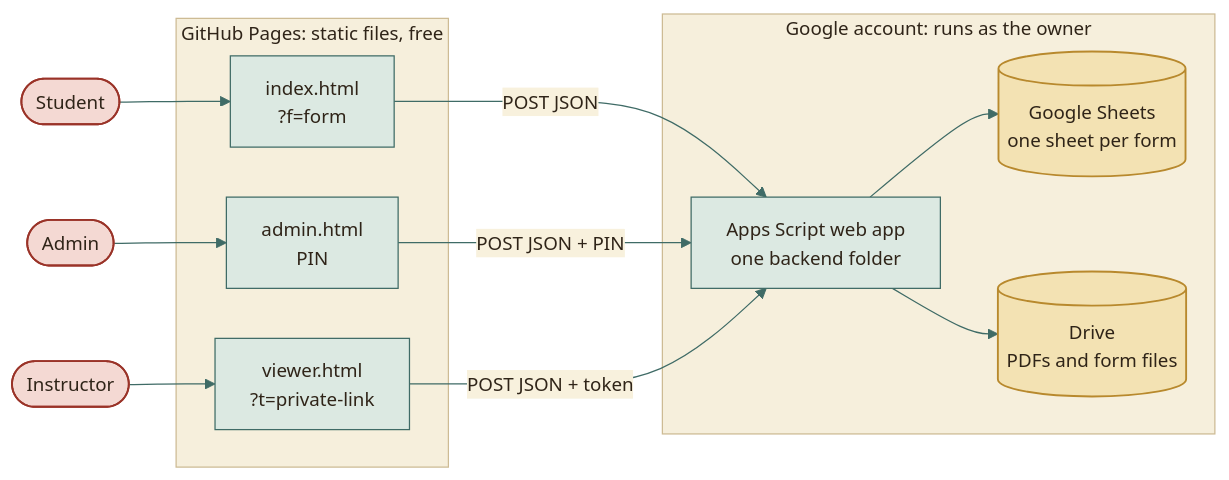
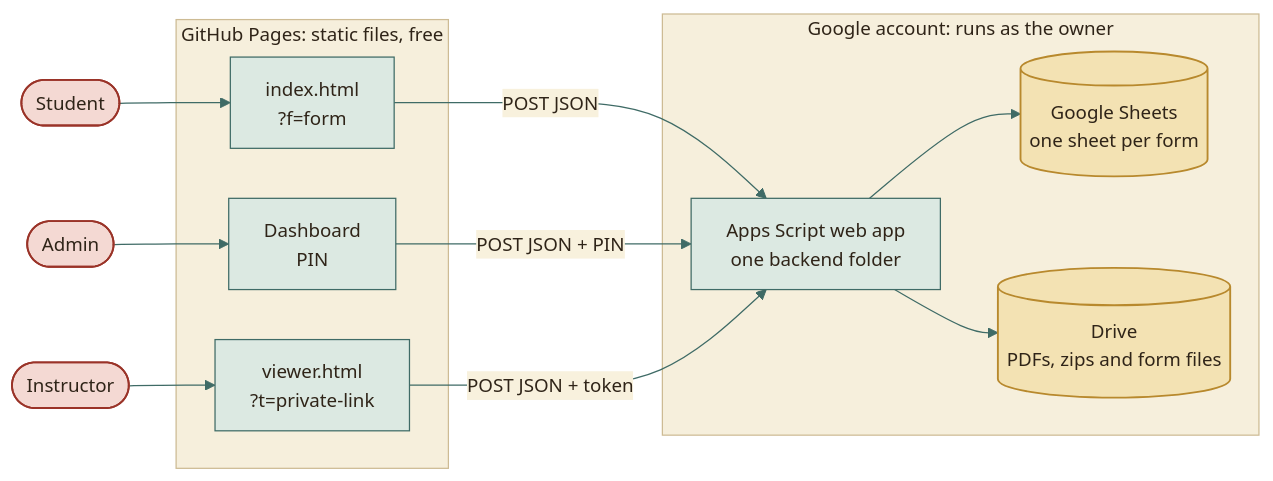
The diagram in README.md (moyeh04/forms-platform), drawn with Mermaid before and after one commit. The commit also changed other lines of this file and 2 other files, not shown here.

````diff
--- a/README.md
+++ b/README.md
@@ -9,54 +64,42 @@
 ```mermaid
 %%{init: {
   'theme': 'base',
   'themeVariables': {
     'fontFamily': 'ui-sans-serif, system-ui, -apple-system, Segoe UI, Roboto, sans-serif',
     'fontSize': '15px',
     'primaryColor': '#DCE9E2', 'primaryBorderColor': '#3F6B66', 'primaryTextColor': '#2F2418',
     'secondaryColor': '#F0E4C8', 'secondaryBorderColor': '#C9A24A', 'secondaryTextColor': '#2F2418',
     'tertiaryColor': '#F6EFDC', 'tertiaryBorderColor': '#CDBB94', 'tertiaryTextColor': '#2F2418',
     'lineColor': '#3F6B66', 'textColor': '#2F2418', 'mainBkg': '#DCE9E2', 'nodeBorder': '#3F6B66',
     'clusterBkg': '#F6EFDC', 'clusterBorder': '#CDBB94', 'titleColor': '#2F2418',
-    'edgeLabelBackground': '#F8F1DD',
-    'actorBkg': '#DCE9E2', 'actorBorder': '#3F6B66', 'actorTextColor': '#2F2418', 'actorLineColor': '#8FB3AB',
-    'signalColor': '#477A73', 'signalTextColor': '#477A73',
-    'labelBoxBkgColor': '#F0E4C8', 'labelBoxBorderColor': '#C9A24A', 'labelTextColor': '#2F2418', 'loopTextColor': '#6A5A44',
-    'noteBkgColor': '#FBEFC9', 'noteBorderColor': '#C9A24A', 'noteTextColor': '#2F2418',
-    'activationBkgColor': '#DCE9E2', 'activationBorderColor': '#3F6B66', 'sequenceNumberColor': '#F8F1DD',
-    'transitionColor': '#3F6B66', 'stateLabelColor': '#2F2418', 'stateBkg': '#DCE9E2', 'altBackground': '#F6EFDC',
-    'attributeBackgroundColorOdd': '#F8F1DD', 'attributeBackgroundColorEven': '#F0E4C8'
+    'edgeLabelBackground': '#F8F1DD'
   },
-  'flowchart': {'curve': 'basis', 'padding': 14, 'nodeSpacing': 40, 'rankSpacing': 46},
-  'sequence': {'mirrorActors': false, 'messageMargin': 34, 'boxMargin': 8}
+  'flowchart': {'curve': 'basis', 'padding': 14, 'nodeSpacing': 40, 'rankSpacing': 46}
 }}%%
 flowchart LR
     student(["Student"]) --> idx["index.html<br/>?f=form"]
-    admin(["Admin"]) --> adm["admin.html<br/>PIN"]
+    admin(["Admin"]) --> adm["Dashboard<br/>PIN"]
     teacher(["Instructor"]) --> vwr["viewer.html<br/>?t=private-link"]
 
     subgraph pages["GitHub Pages: static files, free"]
         idx
         adm
         vwr
     end
 
     subgraph google["Google account: runs as the owner"]
         gas["Apps Script web app<br/>one backend folder"]
         sheets[("Google Sheets<br/>one sheet per form")]
-        drive[("Drive<br/>PDFs and form files")]
+        drive[("Drive<br/>PDFs, zips and form files")]
     end
 
     idx -- "POST JSON" --> gas
     adm -- "POST JSON + PIN" --> gas
     vwr -- "POST JSON + token" --> gas
     gas --> sheets
     gas --> drive
     classDef cDb fill:#F3E2B3,stroke:#B8892D,stroke-width:1.5px,color:#2F2418
     classDef cActor fill:#F4D9D3,stroke:#9A3328,stroke-width:1.5px,color:#2F2418
-    classDef cDec fill:#FBEFC9,stroke:#C9A24A,stroke-width:1.5px,color:#2F2418
-    classDef cEnd fill:#2F2418,stroke:#2F2418,color:#F8F1DD
-    classDef cErr fill:#F6D5CF,stroke:#A12B1F,stroke-width:1.5px,color:#5A140C
-    classDef cOk fill:#BFD9CF,stroke:#2E5A55,stroke-width:1.5px,color:#17302D
     class sheets,drive cDb
     class student,admin,teacher cActor
 ```
````
